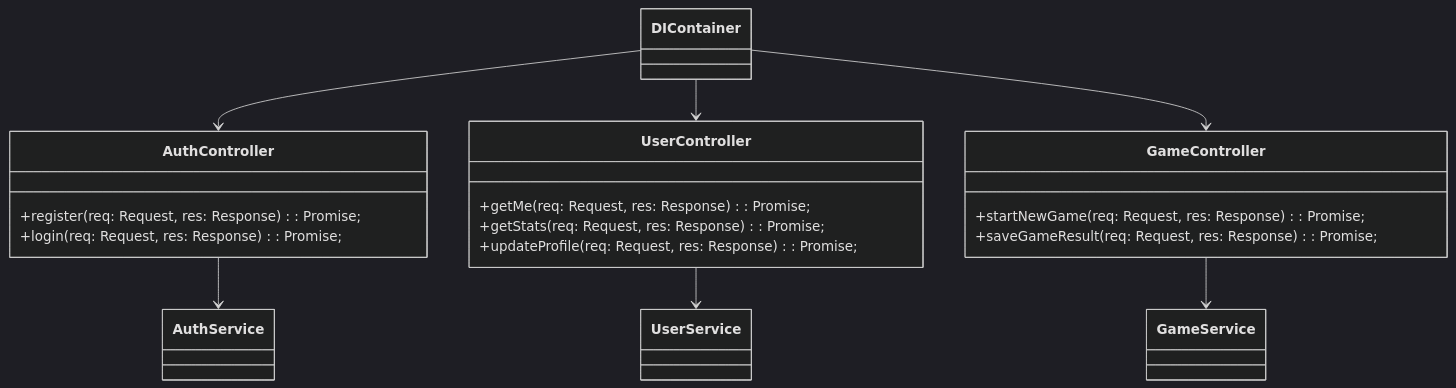
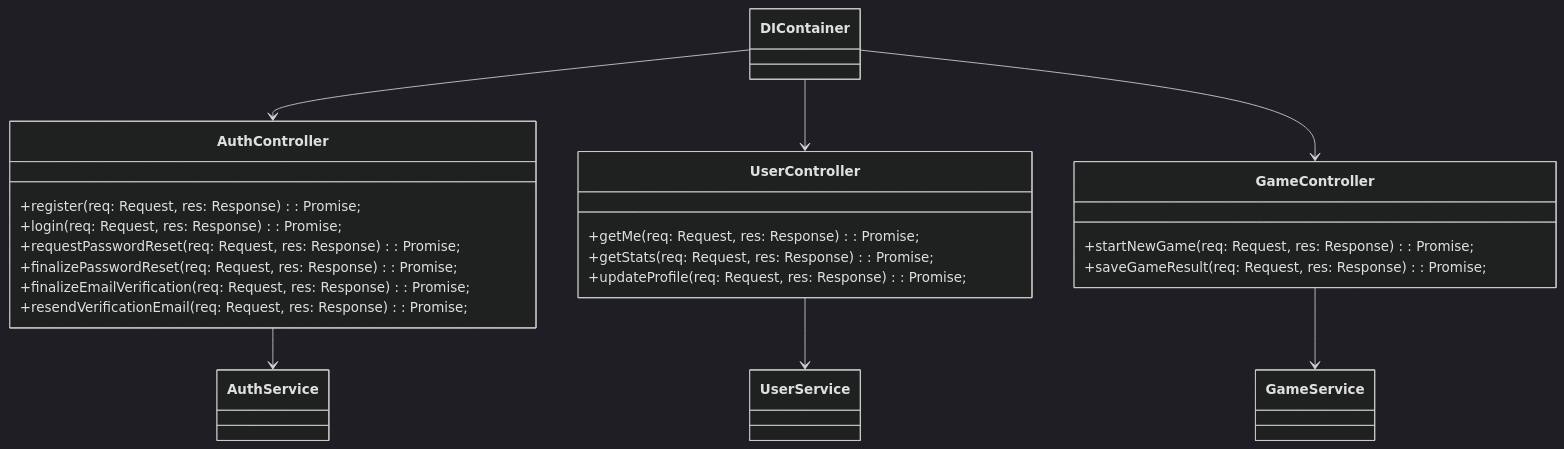
The sixth of 6 diagrams in docs/system-design.md (GitDevla/infinite-simon), drawn with Mermaid (dark theme) before and after one commit. The commit also changed other lines of this file and 2 other files, not shown here.

````diff
--- a/docs/system-design.md
+++ b/docs/system-design.md
@@ -288,25 +304,29 @@
 ```mermaid
 classDiagram
     class AuthController {
         +register(req: Request, res: Response): Promise<void>;
         +login(req: Request, res: Response): Promise<void>;
+        +requestPasswordReset(req: Request, res: Response): Promise<void>;
+        +finalizePasswordReset(req: Request, res: Response): Promise<void>;
+        +finalizeEmailVerification(req: Request, res: Response): Promise<void>;
+        +resendVerificationEmail(req: Request, res: Response): Promise<void>;
     }
 
     class UserController {
         +getMe(req: Request, res: Response): Promise<void>;
         +getStats(req: Request, res: Response): Promise<void>;
         +updateProfile(req: Request, res: Response): Promise<void>;
     }
 
     class GameController {
         +startNewGame(req: Request, res: Response): Promise<void>;
         +saveGameResult(req: Request, res: Response): Promise<void>;
     }
 
     AuthController --> AuthService
     UserController --> UserService
     GameController --> GameService
     DIContainer --> AuthController
     DIContainer --> UserController
     DIContainer --> GameController
 ```
````
